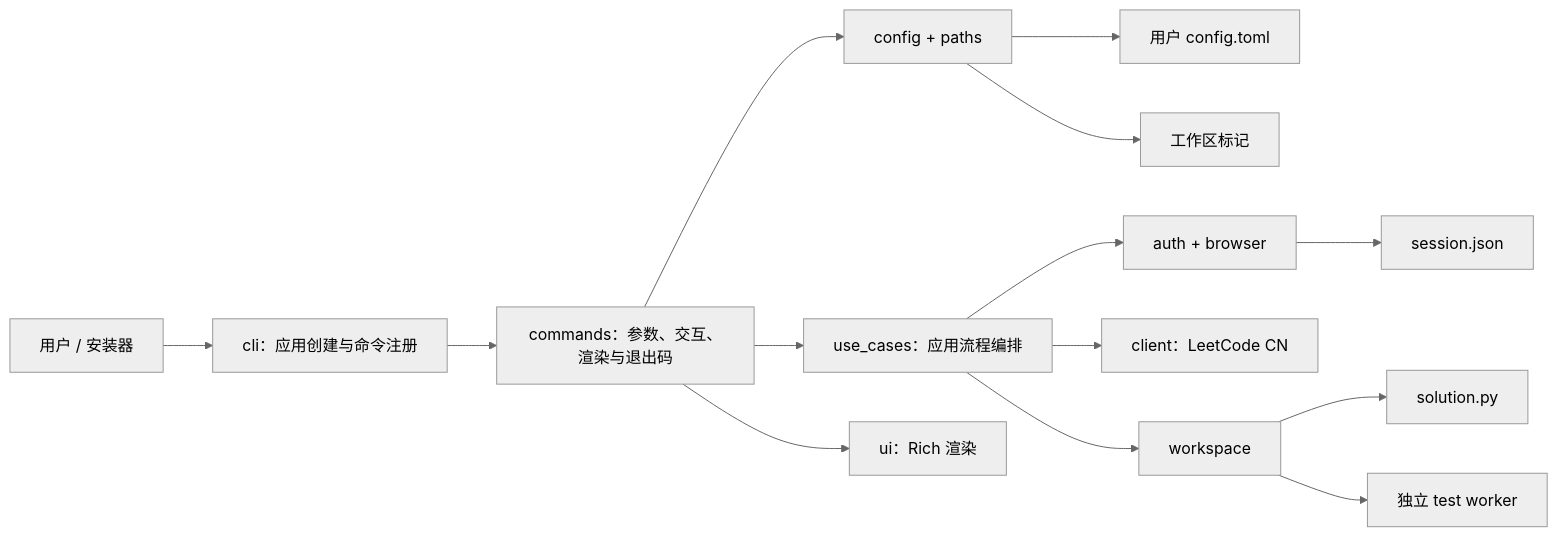
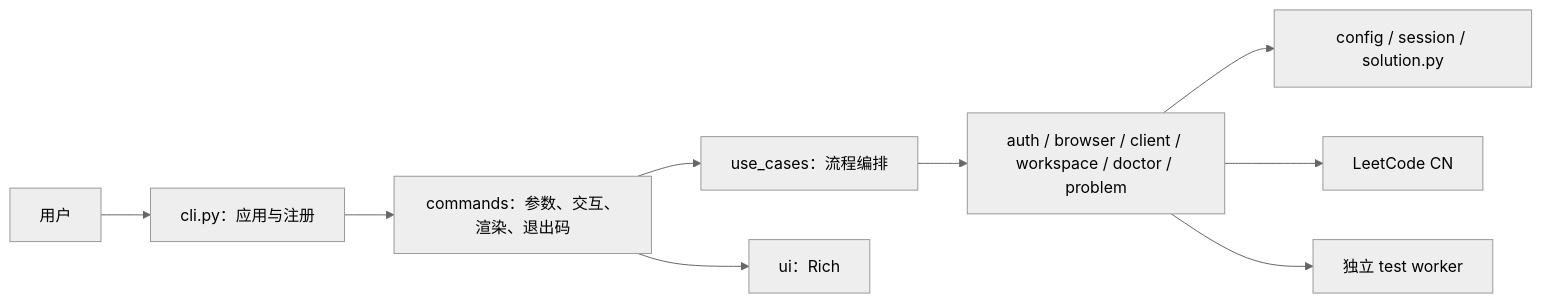
Before and after one commit to Aetherialter/leetcode-cn-local-cli: the diagram in docs/ARCHITECTURE.md, drawn with Mermaid (neutral theme). The commit also changed other lines of this file and 10 other files, not shown here.

Commit message:
docs: streamline architecture context

````diff
--- a/docs/ARCHITECTURE.md
+++ b/docs/ARCHITECTURE.md
@@ -11,16 +5,11 @@
 ```mermaid
 flowchart LR
-    U["用户 / 安装器"] --> CLI["cli：应用创建与命令注册"]
-    CLI --> CMD["commands：参数、交互、渲染与退出码"]
-    CMD --> CFG["config + paths"]
-    CFG --> UC["用户 config.toml"]
-    CFG --> WC["工作区标记"]
-    CMD --> APP["use_cases：应用流程编排"]
-    CMD --> UI["ui：Rich 渲染"]
-    APP --> AUTH["auth + browser"]
-    APP --> CLIENT["client：LeetCode CN"]
-    APP --> WS["workspace"]
-    WS --> SOL["solution.py"]
-    WS --> RUN["独立 test worker"]
-    AUTH --> SESSION["session.json"]
+    U["用户"] --> CLI["cli.py：应用与注册"]
+    CLI --> CMD["commands：参数、交互、渲染、退出码"]
+    CMD --> APP["use_cases：流程编排"]
+    CMD --> UI["ui：Rich"]
+    APP --> CORE["auth / browser / client / workspace / doctor / problem"]
+    CORE --> FS["config / session / solution.py"]
+    CORE --> LC["LeetCode CN"]
+    CORE --> RUN["独立 test worker"]
 ```
````
